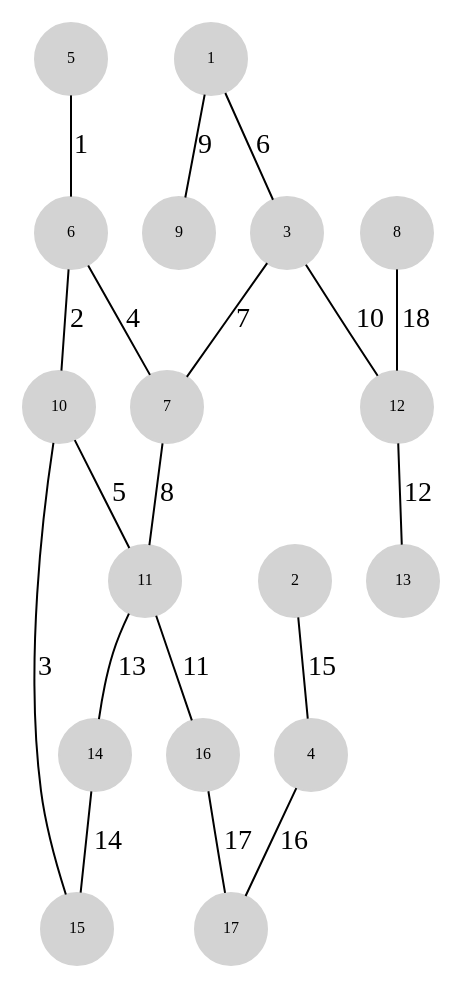
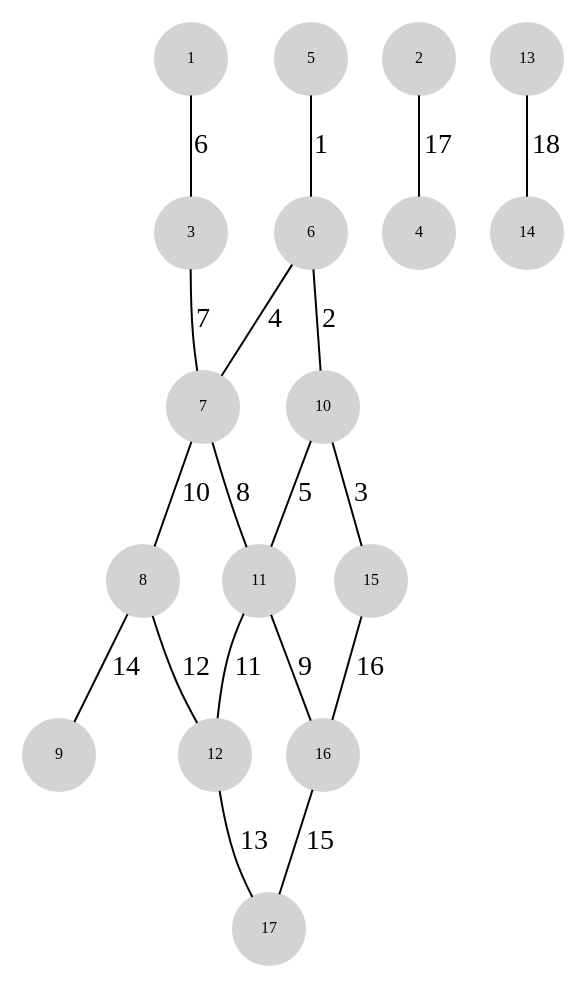
Before and after one commit to pgRouting/GSoC-pgRouting: the first of 7 diagrams in doc/planar/pgr_planarFaces.rst, drawn with Graphviz. The commit also changed other lines of this file, not shown here.

First line of the commit message:
doc: correct sample-graph diagram edges in pgr_planarFaces

```diff
--- a/doc/planar/pgr_planarFaces.rst
+++ b/doc/planar/pgr_planarFaces.rst
@@ -106,41 +104,41 @@
 .. graphviz::
 
     graph G {
         node [shape=circle;style=filled;width=.5;fixedsize=true;fontsize=8];
         1,2,3,4,5,6,7,8,9,10,11,12,13,14,15,16,17 [color=lightgray];
         5  [pos="0,0!";label="5"];
         6  [pos="1,0!";label="6"];
         10 [pos="2,0!";label="10"];
         15 [pos="3,0!";label="15"];
         7  [pos="1,1!";label="7"];
         11 [pos="2,1!";label="11"];
         14 [pos="3,1!";label="14"];
         1  [pos="0,2!";label="1"];
         3  [pos="1,2!";label="3"];
         2  [pos="2,2!";label="2"];
         16 [pos="3,2!";label="16"];
         9  [pos="0,3!";label="9"];
         12 [pos="1,3!";label="12"];
         13 [pos="2,3!";label="13"];
         17 [pos="3,3!";label="17"];
         8  [pos="1,4!";label="8"];
         4  [pos="3,4!";label="4"];
         5 -- 6 [label="1"];
         6 -- 10 [label="2"];
         10 -- 15 [label="3"];
         6 -- 7 [label="4"];
         10 -- 11 [label="5"];
         1 -- 3 [label="6"];
         3 -- 7 [label="7"];
         7 -- 11 [label="8"];
-        1 -- 9 [label="9"];
-        3 -- 12 [label="10"];
-        11 -- 16 [label="11"];
-        12 -- 13 [label="12"];
-        11 -- 14 [label="13"];
-        14 -- 15 [label="14"];
-        2 -- 4 [label="15"];
-        4 -- 17 [label="16"];
-        16 -- 17 [label="17"];
-        8 -- 12 [label="18"];
+        11 -- 16 [label="9"];
+        7 -- 8 [label="10"];
+        11 -- 12 [label="11"];
+        8 -- 12 [label="12"];
+        12 -- 17 [label="13"];
+        8 -- 9 [label="14"];
+        16 -- 17 [label="15"];
+        15 -- 16 [label="16"];
+        2 -- 4 [label="17"];
+        13 -- 14 [label="18"];
     }
```
